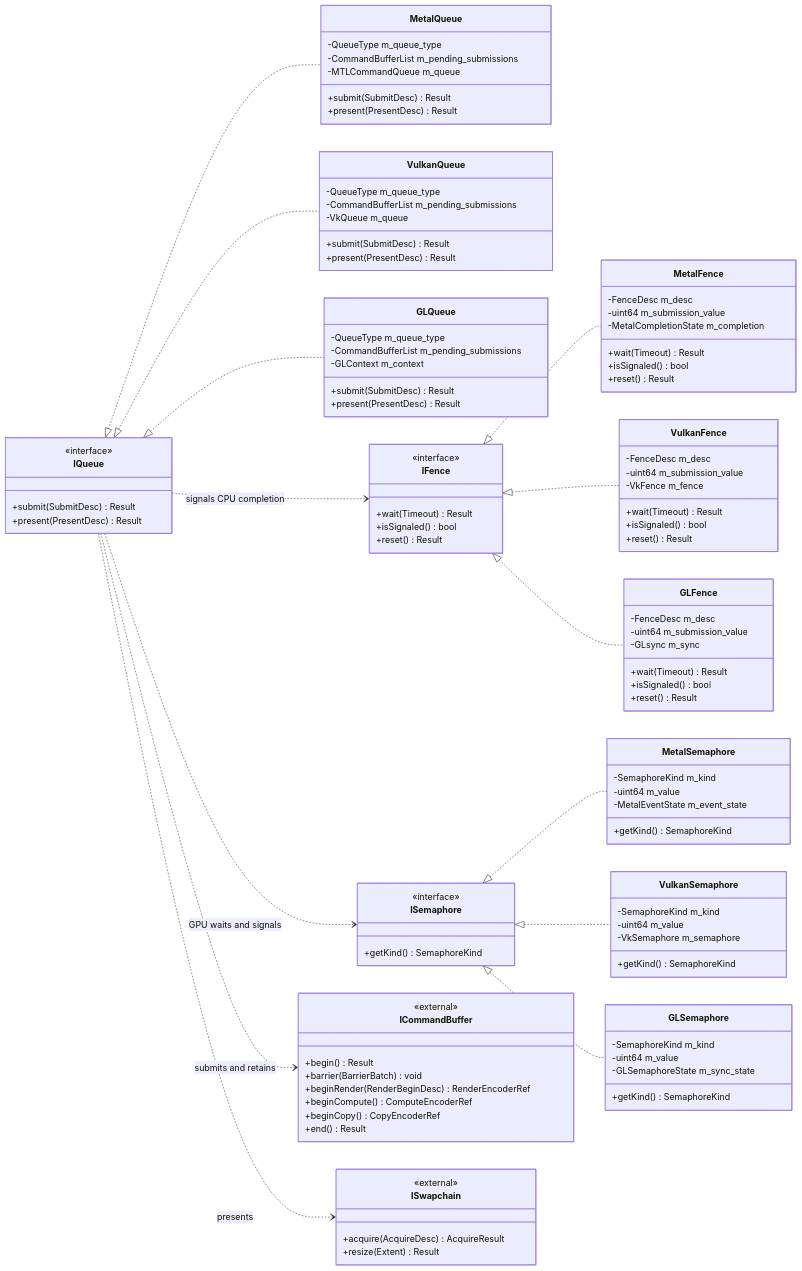
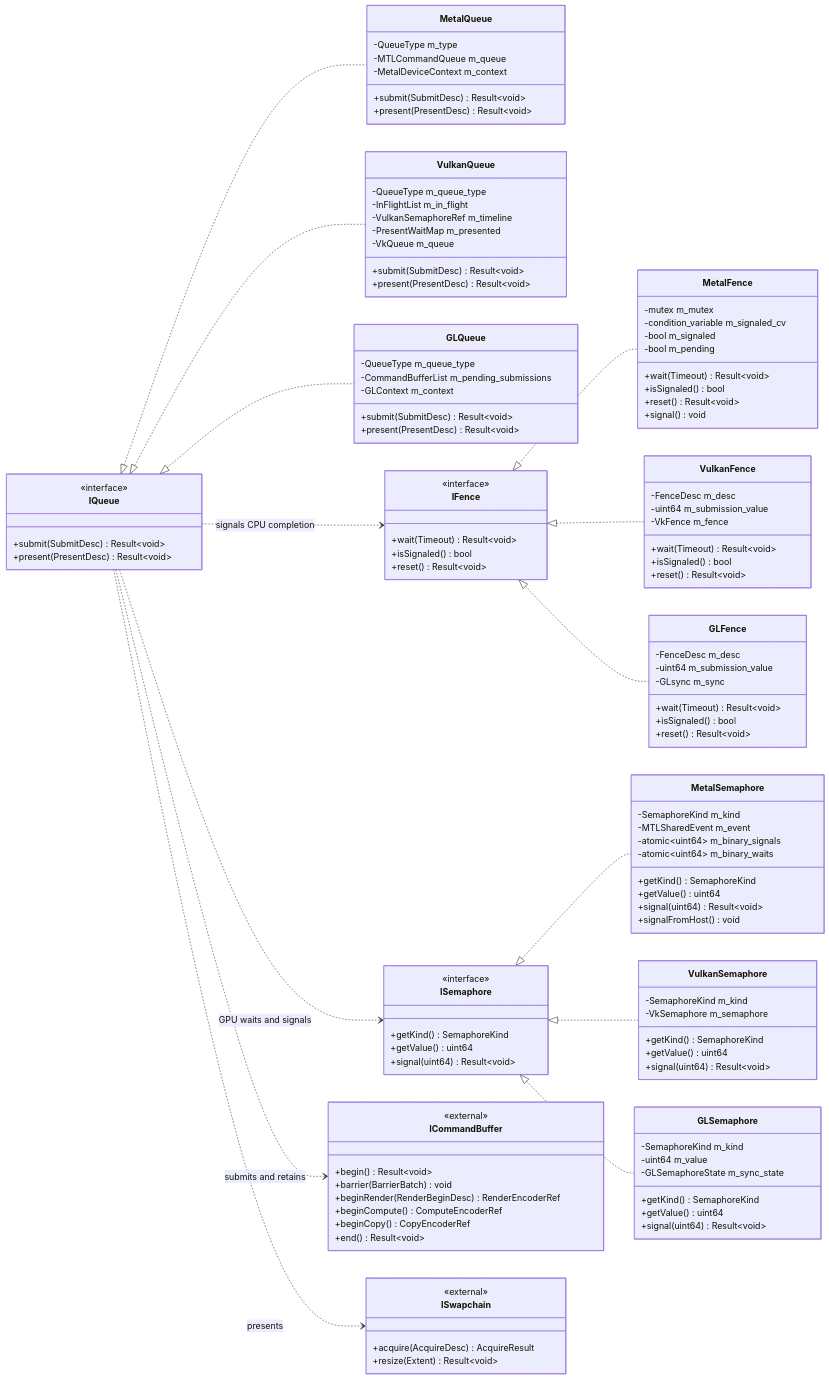
The diagram in docs/diagrams/RHI_SUBMISSION_SYNC.mmd (oyanymous/mango), drawn with Mermaid before and after one commit. The commit also changed 164 other files, not shown here.

First line of the commit message:
feat(rhi): add the RHI with Vulkan and Metal backends (#3)

```diff
--- a/docs/diagrams/RHI_SUBMISSION_SYNC.mmd
+++ b/docs/diagrams/RHI_SUBMISSION_SYNC.mmd
@@ -1,111 +1,124 @@
 classDiagram
     direction LR
     %% Proposed design, not source-verified. Native type names are conceptual.
     %% Interfaces declare behavior; concrete backend classes hold implementation state.
     %% Queue submission and synchronization
     %% External references mirror the public APIs in their owning RHI files.
     class IQueue {
         <<interface>>
-        +submit(SubmitDesc) Result
-        +present(PresentDesc) Result
+        +submit(SubmitDesc) Result~void~
+        +present(PresentDesc) Result~void~
     }
     class MetalQueue {
-        -QueueType m_queue_type
-        -CommandBufferList m_pending_submissions
+        -QueueType m_type
         -MTLCommandQueue m_queue
-        +submit(SubmitDesc) Result
-        +present(PresentDesc) Result
+        -MetalDeviceContext m_context
+        +submit(SubmitDesc) Result~void~
+        +present(PresentDesc) Result~void~
     }
     class VulkanQueue {
         -QueueType m_queue_type
-        -CommandBufferList m_pending_submissions
+        -InFlightList m_in_flight
+        -VulkanSemaphoreRef m_timeline
+        -PresentWaitMap m_presented
         -VkQueue m_queue
-        +submit(SubmitDesc) Result
-        +present(PresentDesc) Result
+        +submit(SubmitDesc) Result~void~
+        +present(PresentDesc) Result~void~
     }
     class GLQueue {
         -QueueType m_queue_type
         -CommandBufferList m_pending_submissions
         -GLContext m_context
-        +submit(SubmitDesc) Result
-        +present(PresentDesc) Result
+        +submit(SubmitDesc) Result~void~
+        +present(PresentDesc) Result~void~
     }
     class IFence {
         <<interface>>
-        +wait(Timeout) Result
+        +wait(Timeout) Result~void~
         +isSignaled() bool
-        +reset() Result
+        +reset() Result~void~
     }
     class MetalFence {
-        -FenceDesc m_desc
-        -uint64 m_submission_value
-        -MetalCompletionState m_completion
-        +wait(Timeout) Result
+        -mutex m_mutex
+        -condition_variable m_signaled_cv
+        -bool m_signaled
+        -bool m_pending
+        +wait(Timeout) Result~void~
         +isSignaled() bool
-        +reset() Result
+        +reset() Result~void~
+        +signal() void
     }
     class VulkanFence {
         -FenceDesc m_desc
         -uint64 m_submission_value
         -VkFence m_fence
-        +wait(Timeout) Result
+        +wait(Timeout) Result~void~
         +isSignaled() bool
-        +reset() Result
+        +reset() Result~void~
     }
     class GLFence {
         -FenceDesc m_desc
         -uint64 m_submission_value
         -GLsync m_sync
-        +wait(Timeout) Result
+        +wait(Timeout) Result~void~
         +isSignaled() bool
-        +reset() Result
+        +reset() Result~void~
     }
     class ISemaphore {
         <<interface>>
         +getKind() SemaphoreKind
+        +getValue() uint64
+        +signal(uint64) Result~void~
     }
     class MetalSemaphore {
         -SemaphoreKind m_kind
-        -uint64 m_value
-        -MetalEventState m_event_state
+        -MTLSharedEvent m_event
+        -atomic~uint64~ m_binary_signals
+        -atomic~uint64~ m_binary_waits
         +getKind() SemaphoreKind
+        +getValue() uint64
+        +signal(uint64) Result~void~
+        +signalFromHost() void
     }
     class VulkanSemaphore {
         -SemaphoreKind m_kind
-        -uint64 m_value
         -VkSemaphore m_semaphore
         +getKind() SemaphoreKind
+        +getValue() uint64
+        +signal(uint64) Result~void~
     }
     class GLSemaphore {
         -SemaphoreKind m_kind
         -uint64 m_value
         -GLSemaphoreState m_sync_state
         +getKind() SemaphoreKind
+        +getValue() uint64
+        +signal(uint64) Result~void~
     }
     class ICommandBuffer {
         <<external>>
-        +begin() Result
+        +begin() Result~void~
         +barrier(BarrierBatch) void
         +beginRender(RenderBeginDesc) RenderEncoderRef
         +beginCompute() ComputeEncoderRef
         +beginCopy() CopyEncoderRef
-        +end() Result
+        +end() Result~void~
     }
     class ISwapchain {
         <<external>>
         +acquire(AcquireDesc) AcquireResult
-        +resize(Extent) Result
+        +resize(Extent) Result~void~
     }
     IQueue <|.. MetalQueue
     IQueue <|.. VulkanQueue
     IQueue <|.. GLQueue
     IFence <|.. MetalFence
     IFence <|.. VulkanFence
     IFence <|.. GLFence
     ISemaphore <|.. MetalSemaphore
     ISemaphore <|.. VulkanSemaphore
     ISemaphore <|.. GLSemaphore
     IQueue ..> ICommandBuffer : submits and retains
     IQueue ..> IFence : signals CPU completion
     IQueue ..> ISemaphore : GPU waits and signals
     IQueue ..> ISwapchain : presents
```
